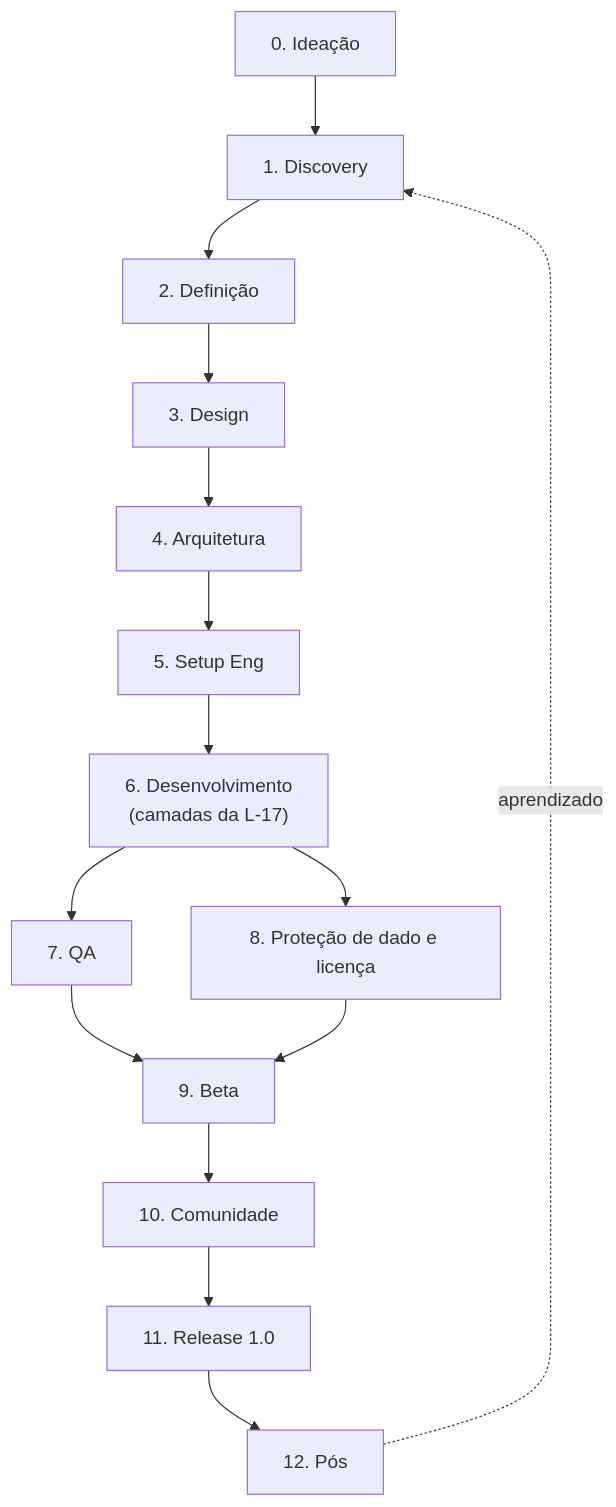
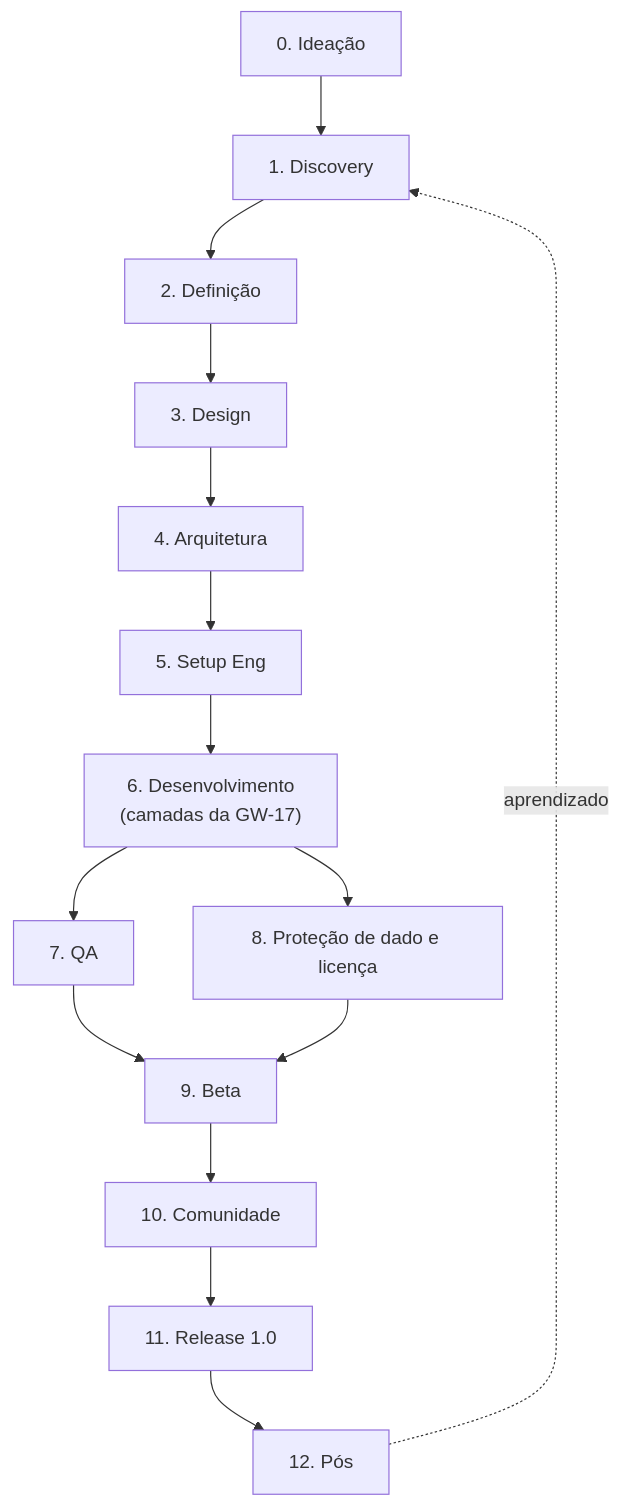
Before and after one commit to petrinhu/GusWorld: the diagram in pipeline_release_1.0.md, drawn with Mermaid. The commit also changed other lines of this file and 259 other files, not shown here.

````diff
--- a/pipeline_release_1.0.md
+++ b/pipeline_release_1.0.md
@@ -9,11 +9,11 @@
 ```mermaid
 flowchart TD
     F0["0. Ideação"] --> F1["1. Discovery"] --> F2["2. Definição"] --> F3["3. Design"] --> F4["4. Arquitetura"] --> F5["5. Setup Eng"]
-    F5 --> F6["6. Desenvolvimento\n(camadas da L-17)"]
+    F5 --> F6["6. Desenvolvimento\n(camadas da GW-17)"]
     F6 --> F7["7. QA"]
     F6 --> F8["8. Proteção de dado e licença"]
     F7 --> F9["9. Beta"]
     F8 --> F9
     F9 --> F10["10. Comunidade"] --> F11["11. Release 1.0"] --> F12["12. Pós"]
     F12 -. aprendizado .-> F1
 ```
````
